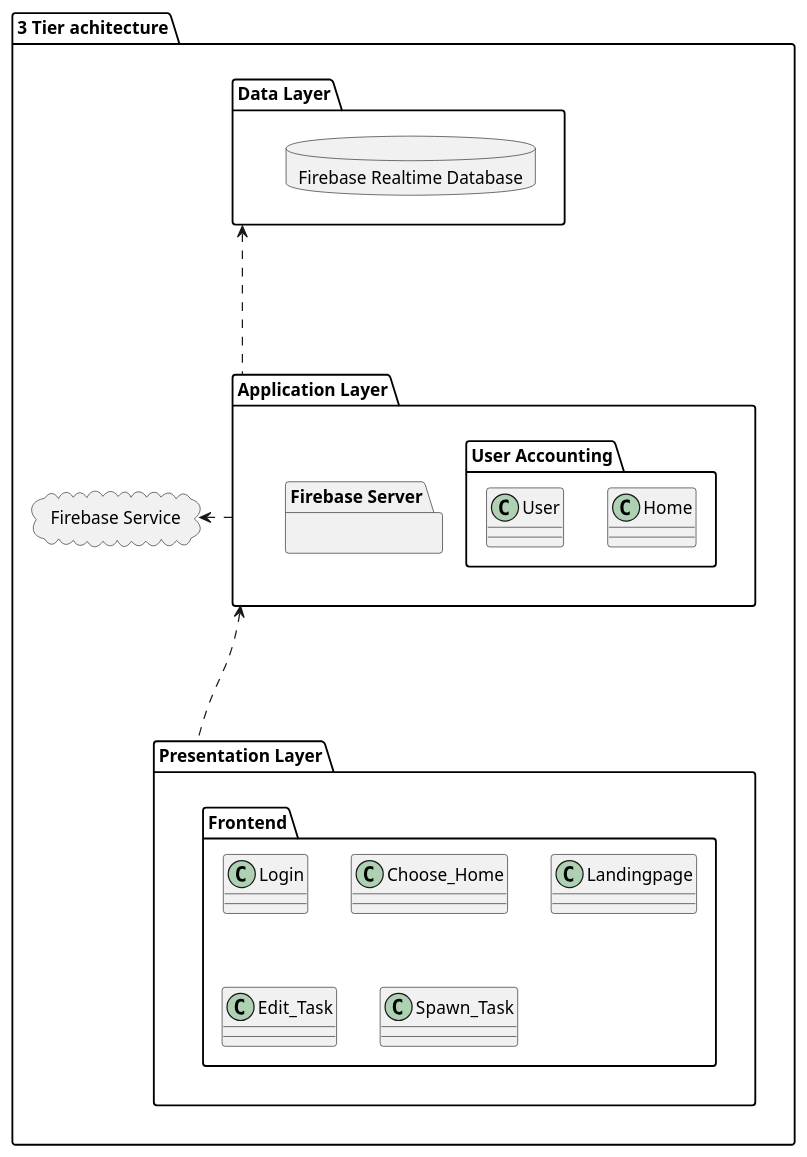
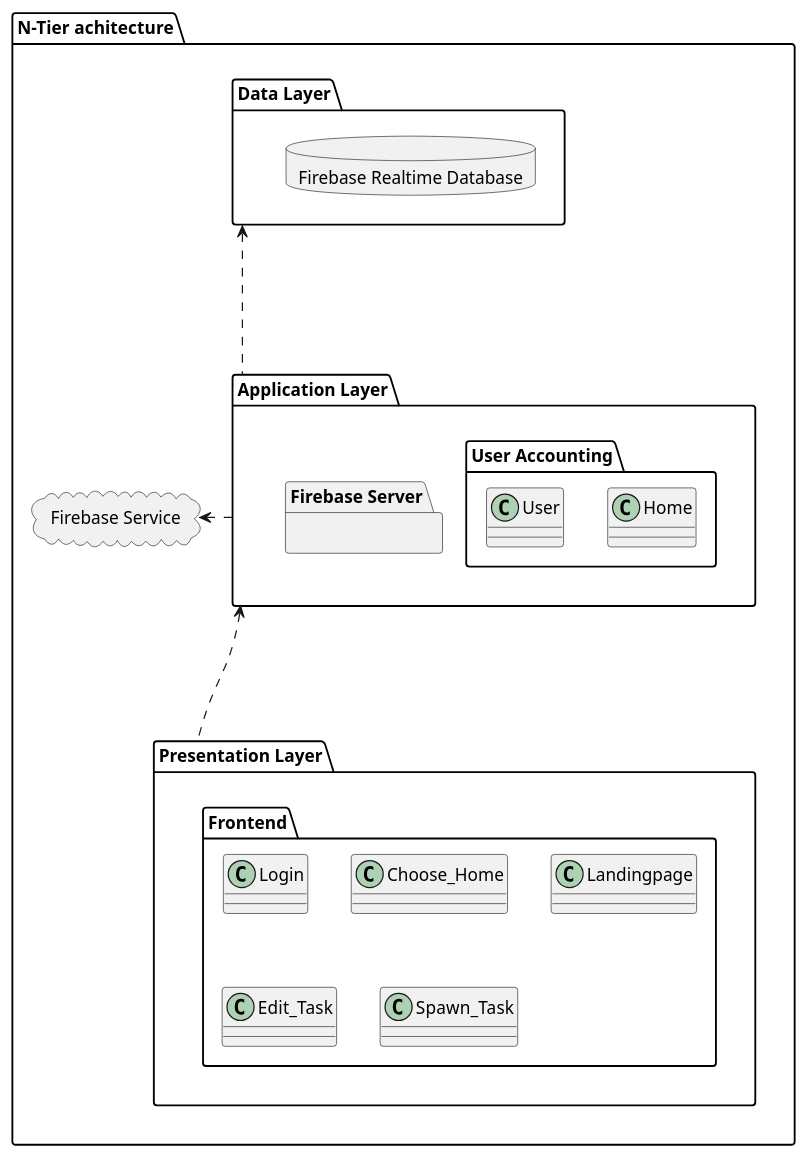
Before and after one commit to K1ntsugi/Praktikum_SE_Vinf5: the diagram in Design.plantuml, drawn with PlantUML.

Commit message:
basic architecture v0

```diff
--- a/Design.plantuml
+++ b/Design.plantuml
@@ -1,39 +1,39 @@
 @startuml design sprint 1
 
-package "3 Tier achitecture" {
+package "N-Tier achitecture" {
     package "Presentation Layer" as preslayer{
         package "Frontend" as frontend{
             class Login
             class Choose_Home
             class Landingpage 
             class Edit_Task
             class Spawn_Task
         }
         
     }
 
     package "Application Layer" as applayer{
         package "Firebase Server" as server{}
         package "User Accounting" as admin{
             class Home 
             class User 
         }
     }
 
     package "Data Layer" as datalayer{
 
         package "Firebase Realtime Database" as DB <<Database>> {
 
         }
     }
 
      package "Firebase Service" as service <<Cloud>> {
 
     }
 
 }
 
 preslayer ..up..> applayer
 applayer ..up..> datalayer
 applayer ..right..> service
 @enduml 
```
